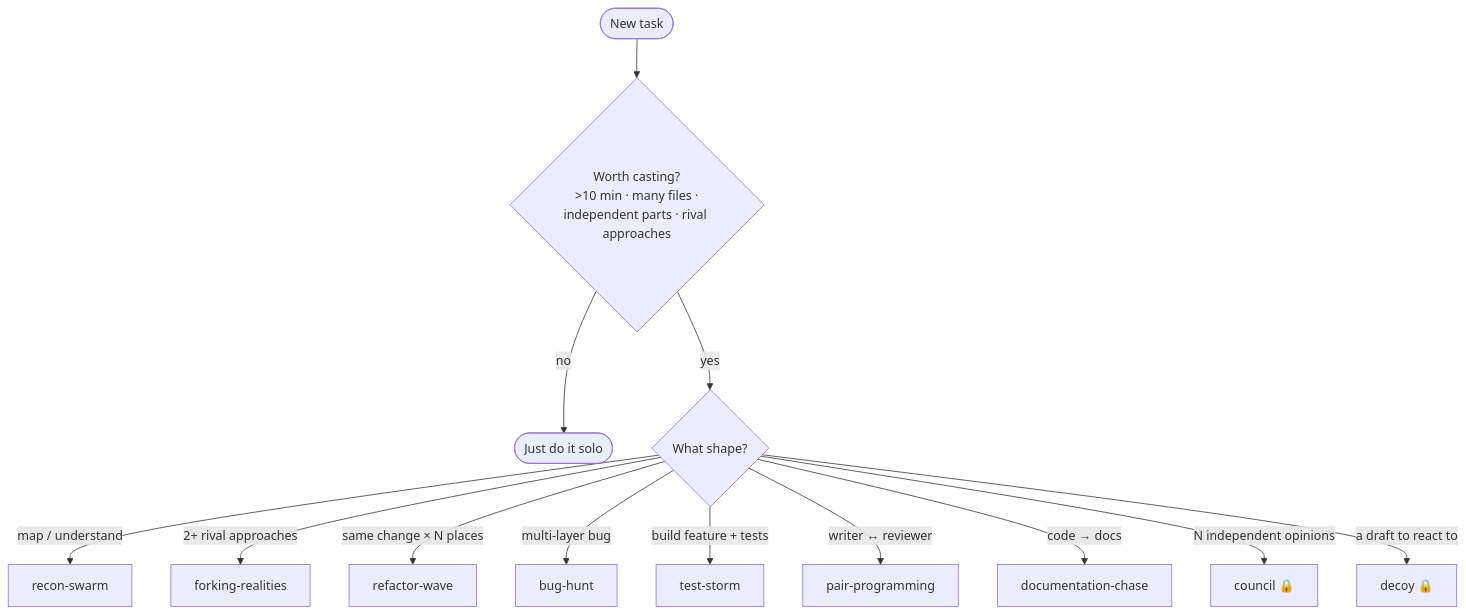
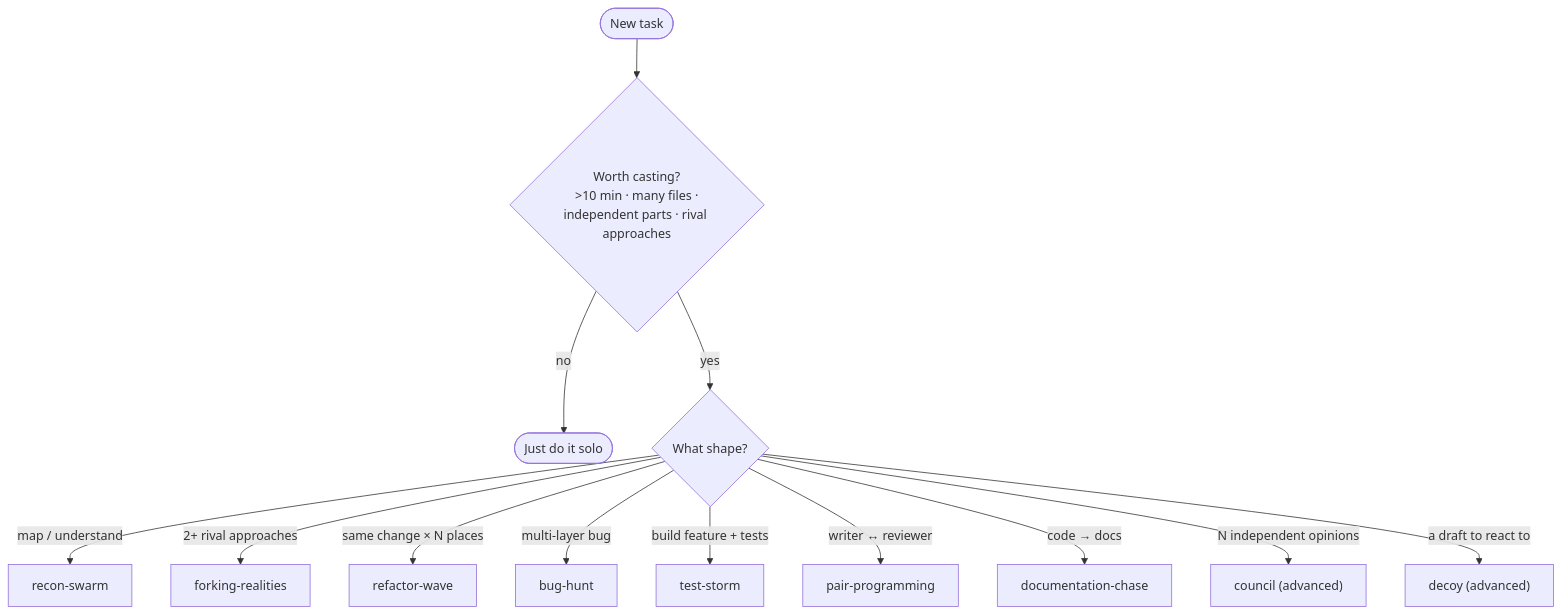
The third of 3 diagrams in README.md (tr00x/Manta), drawn with Mermaid before and after one commit. The commit also changed other lines of this file, not shown here.

````diff
--- a/README.md
+++ b/README.md
@@ -234,15 +234,15 @@
 ```mermaid
 flowchart TD
     T([New task]) --> Q{Worth casting?<br/>&gt;10 min · many files ·<br/>independent parts · rival approaches}
     Q -->|no| S([Just do it solo])
     Q -->|yes| K{What shape?}
     K -->|map / understand| R[recon-swarm]
     K -->|2+ rival approaches| F[forking-realities]
     K -->|same change × N places| RW[refactor-wave]
     K -->|multi-layer bug| BH[bug-hunt]
     K -->|build feature + tests| TS[test-storm]
     K -->|writer ↔ reviewer| PP[pair-programming]
     K -->|code → docs| DC[documentation-chase]
-    K -->|N independent opinions| CO["council 🔒"]
-    K -->|a draft to react to| DE["decoy 🔒"]
+    K -->|N independent opinions| CO["council (advanced)"]
+    K -->|a draft to react to| DE["decoy (advanced)"]
 ```
````
